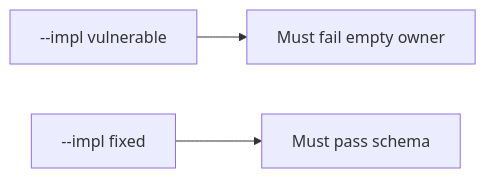
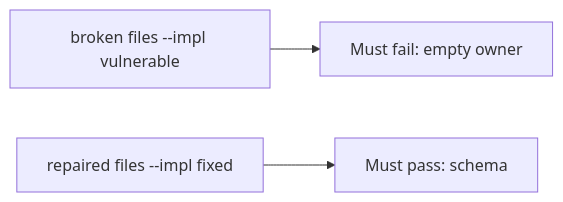
One commit to ishitvagoel/LearnSecurity changed the diagram in content/modules/e/E6/lessons/05-verify.md. Above: the diagram before and after it, drawn with Mermaid. The commit also changed other lines of this file and 55 other files, not shown here.

````diff
--- a/content/modules/e/E6/lessons/05-verify.md
+++ b/content/modules/e/E6/lessons/05-verify.md
@@ -15,5 +14,5 @@
 ```mermaid
 flowchart LR
-  V["--impl vulnerable"] --> F["Must fail empty owner"]
-  X["--impl fixed"] --> P["Must pass schema"]
+  V["broken files --impl vulnerable"] --> F[Must fail: empty owner]
+  X["repaired files --impl fixed"] --> P[Must pass: schema]
 ```
````
